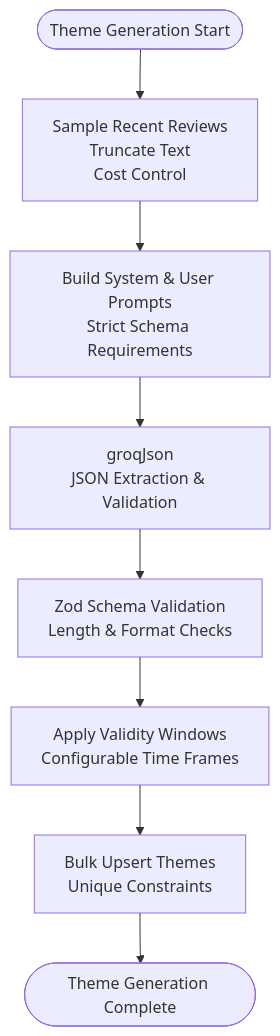
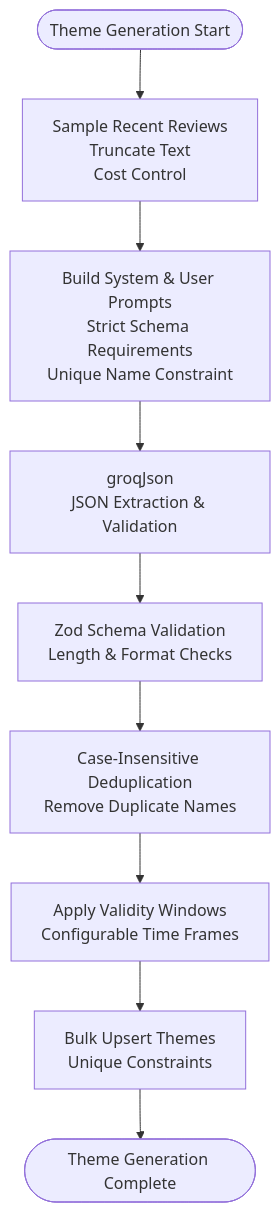
One commit to aravinthraj-ramalingam/Groww-App-Review-Insights-Analyzer- changed the third of 10 diagrams in .qoder/repowiki/en/content/Phase 2_ Advanced Analytics & Automation/Weekly Pulse Generation.md. Above: the diagram before and after it, drawn with Mermaid. The commit also changed other lines of this file and 5 other files, not shown here.

````diff
--- a/.qoder/repowiki/en/content/Phase 2_ Advanced Analytics & Automation/Weekly Pulse Generation.md
+++ b/.qoder/repowiki/en/content/Phase 2_ Advanced Analytics & Automation/Weekly Pulse Generation.md
@@ -207,10 +221,11 @@
 ```mermaid
 flowchart TD
 Start(["Theme Generation Start"]) --> Sample["Sample Recent Reviews<br/>Truncate Text<br/>Cost Control"]
-Sample --> Prompt["Build System & User Prompts<br/>Strict Schema Requirements"]
+Sample --> Prompt["Build System & User Prompts<br/>Strict Schema Requirements<br/>Unique Name Constraint"]
 Prompt --> CallLLM["groqJson<br/>JSON Extraction & Validation"]
 CallLLM --> Parse["Zod Schema Validation<br/>Length & Format Checks"]
-Parse --> Window["Apply Validity Windows<br/>Configurable Time Frames"]
+Parse --> Dedup["Case-Insensitive Deduplication<br/>Remove Duplicate Names"]
+Dedup --> Window["Apply Validity Windows<br/>Configurable Time Frames"]
 Window --> Upsert["Bulk Upsert Themes<br/>Unique Constraints"]
 Upsert --> End(["Theme Generation Complete"])
 ```
````
